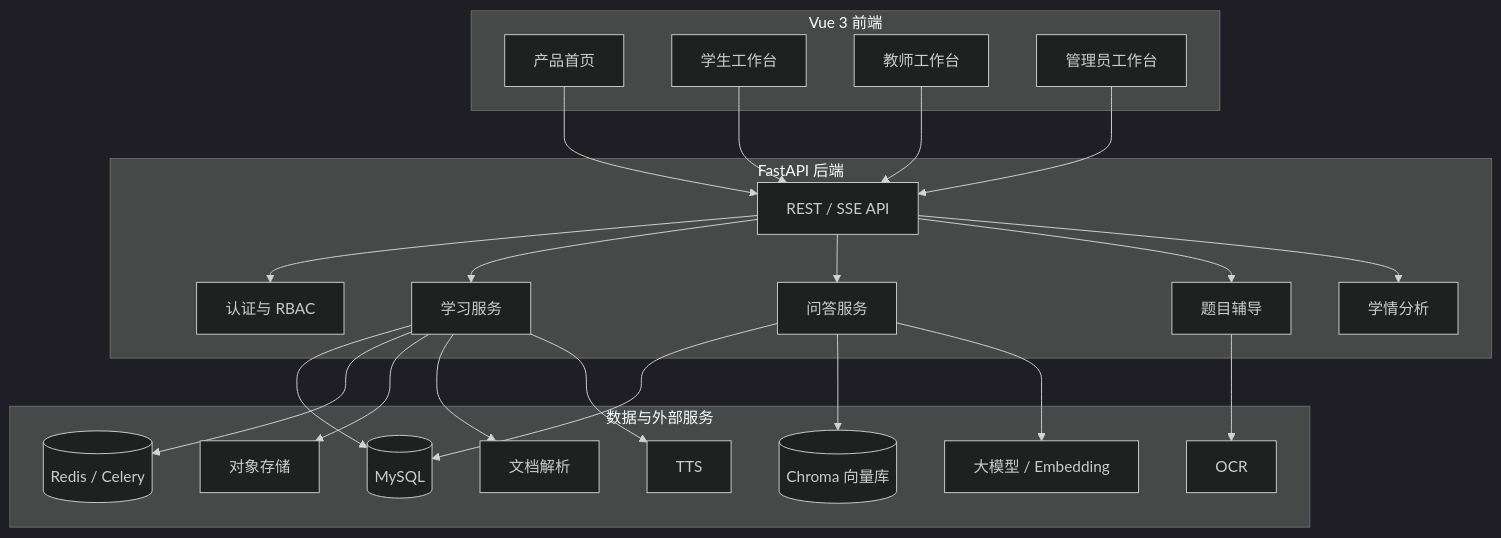
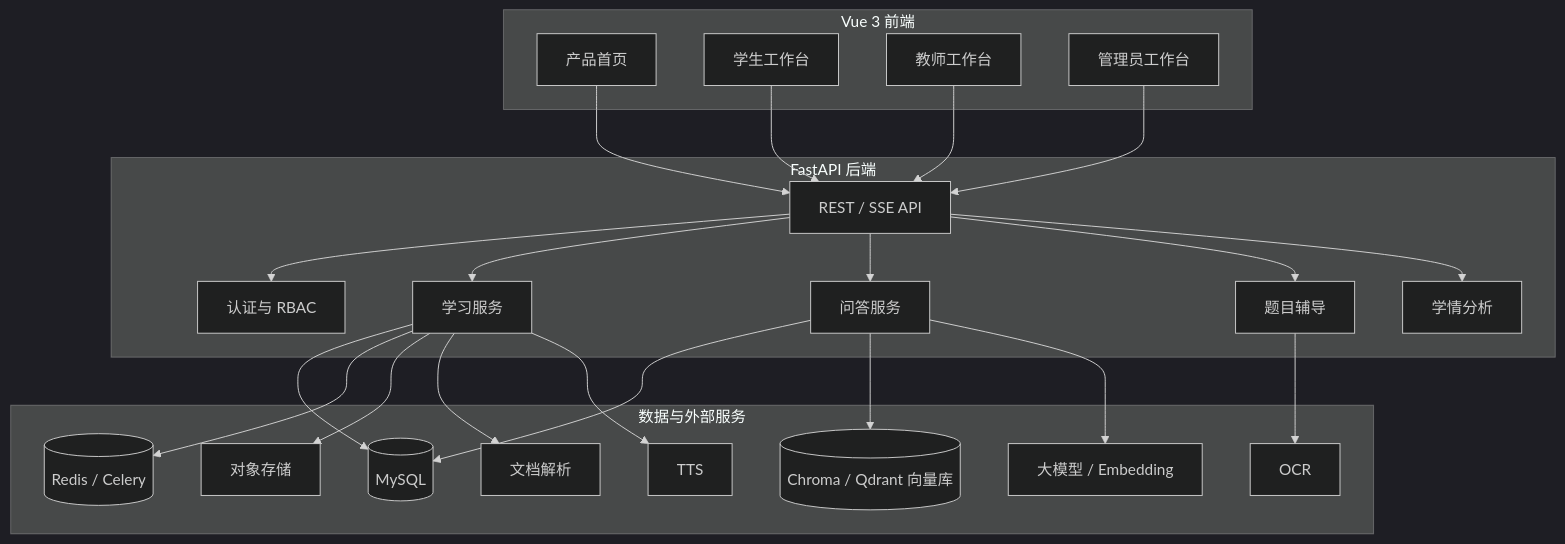
The second of 2 diagrams in README.md (hjxwz123/ClassAgent), drawn with Mermaid (dark theme) before and after one commit. The commit also changed other lines of this file and 16 other files, not shown here.

````diff
--- a/README.md
+++ b/README.md
@@ -118,48 +118,48 @@
 ```mermaid
 flowchart TB
   subgraph Frontend[Vue 3 前端]
     Home[产品首页]
     Student[学生工作台]
     Teacher[教师工作台]
     Admin[管理员工作台]
   end
 
   subgraph Backend[FastAPI 后端]
     API[REST / SSE API]
     Auth[认证与 RBAC]
     Learning[学习服务]
     QA[问答服务]
     Tutoring[题目辅导]
     Analytics[学情分析]
   end
 
   subgraph Infra[数据与外部服务]
     MySQL[(MySQL)]
     Redis[(Redis / Celery)]
-    Vector[(Chroma 向量库)]
+    Vector[(Chroma / Qdrant 向量库)]
     OSS[对象存储]
     OCR[OCR]
     DocMind[文档解析]
     TTS[TTS]
     LLM[大模型 / Embedding]
   end
 
   Home --> API
   Student --> API
   Teacher --> API
   Admin --> API
   API --> Auth
   API --> Learning
   API --> QA
   API --> Tutoring
   API --> Analytics
   Learning --> MySQL
   QA --> MySQL
   QA --> Vector
   QA --> LLM
   Tutoring --> OCR
   Learning --> Redis
   Learning --> OSS
   Learning --> DocMind
   Learning --> TTS
 ```
````
